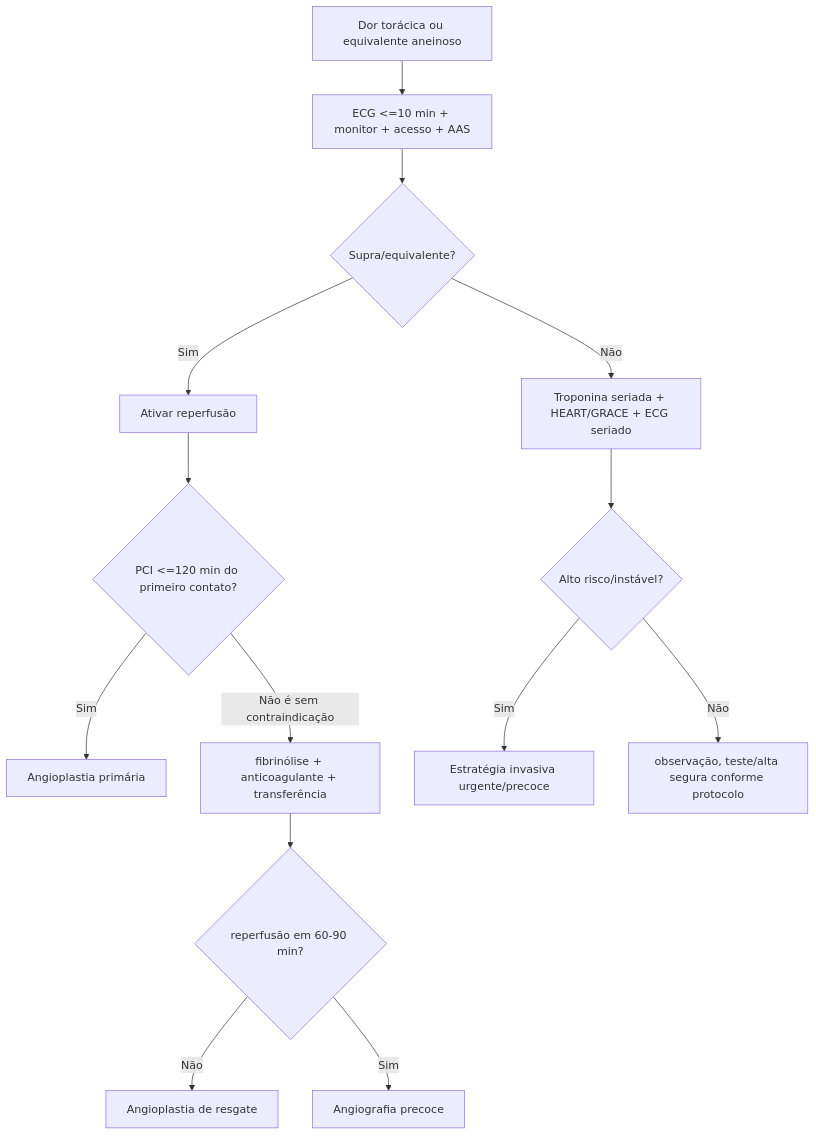
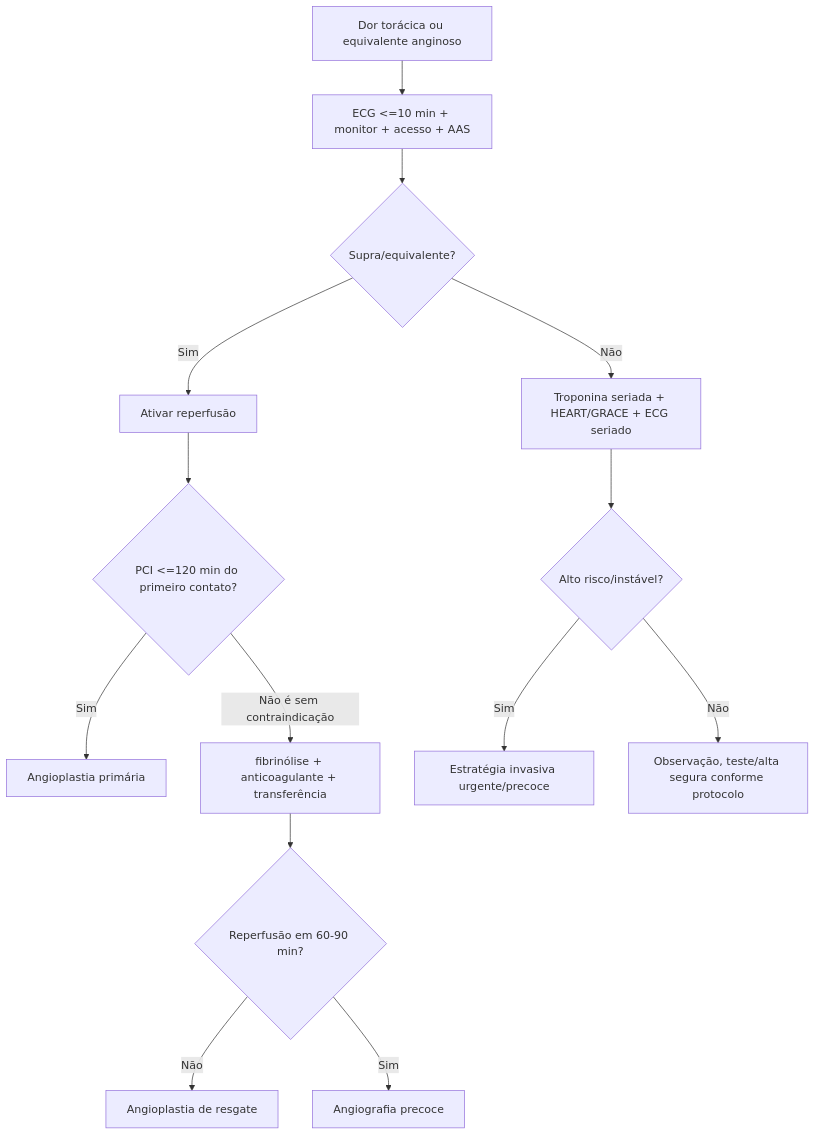
One commit to ThiagoPersona/emergencia26 changed the first of 3 diagrams in Intensivao/temas/005_sca-arritmias-hipertensivas.md. Above: the diagram before and after it, drawn with Mermaid. The commit also changed other lines of this file and 12 other files, not shown here.

````diff
--- a/Intensivao/temas/005_sca-arritmias-hipertensivas.md
+++ b/Intensivao/temas/005_sca-arritmias-hipertensivas.md
@@ -179,16 +201,16 @@
 ```mermaid
 flowchart TD
-    A["Dor torácica ou equivalente aneinoso"] --> B["ECG <=10 min + monitor + acesso + AAS"]
+    A["Dor torácica ou equivalente anginoso"] --> B["ECG <=10 min + monitor + acesso + AAS"]
     B --> C{"Supra/equivalente?"}
     C -->|Sim| D["Ativar reperfusão"]
     D --> E{"PCI <=120 min do primeiro contato?"}
     E -->|Sim| F["Angioplastia primária"]
     E -->|Não é sem contraindicação| G["fibrinólise + anticoagulante + transferência"]
-    G --> H{"reperfusão em 60-90 min?"}
+    G --> H{"Reperfusão em 60-90 min?"}
     H -->|Não| I["Angioplastia de resgate"]
     H -->|Sim| J["Angiografia precoce"]
     C -->|Não| K["Troponina seriada + HEART/GRACE + ECG seriado"]
     K --> L{"Alto risco/instável?"}
     L -->|Sim| M["Estratégia invasiva urgente/precoce"]
-    L -->|Não| N["observação, teste/alta segura conforme protocolo"]
+    L -->|Não| N["Observação, teste/alta segura conforme protocolo"]
 ```
````
